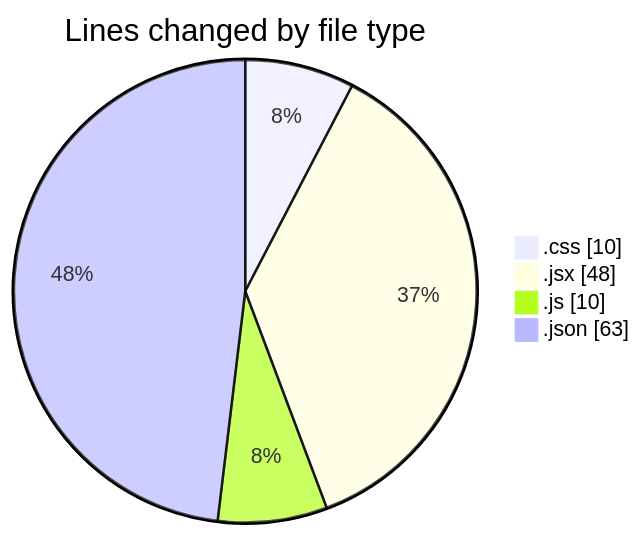
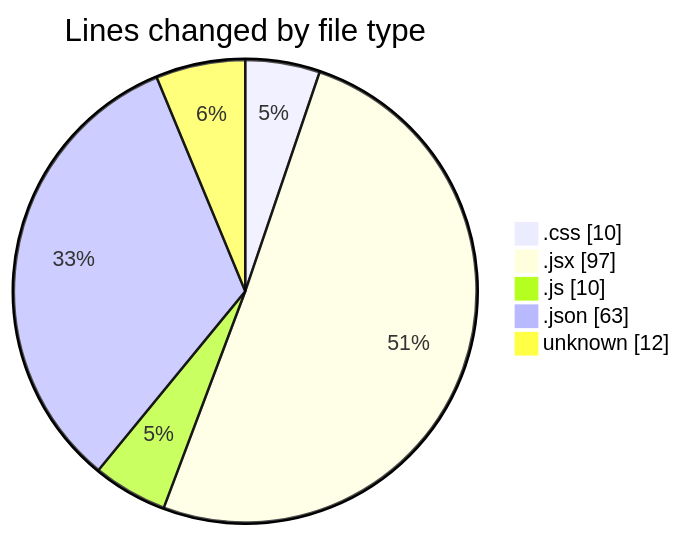
The first of 2 diagrams in 2025-02-05/react/README.md (Elitesun/code-tracking), drawn with Mermaid before and after one commit. The commit also changed other lines of this file and 1 other file, not shown here.

````diff
--- a/2025-02-05/react/README.md
+++ b/2025-02-05/react/README.md
@@ -26,8 +27,9 @@
 ```mermaid
 pie showData
 title Lines changed by file type
 ".css" : 10
-".jsx" : 48
+".jsx" : 97
 ".js" : 10
 ".json" : 63
+"unknown" : 12
 ```
````
